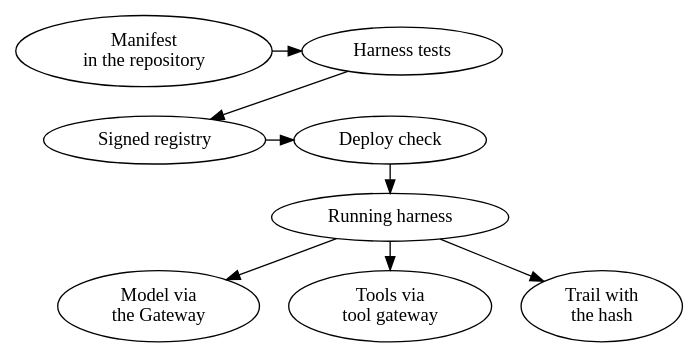
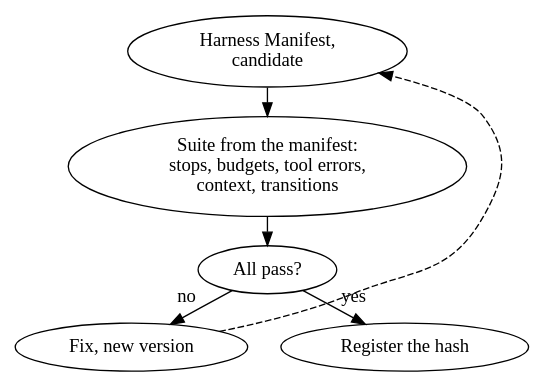
Before and after one commit to rajesh1008/system-design-book: the diagram in figures/src/ch25/fig-25-11.dot, drawn with Graphviz. The commit also changed 281 other files, not shown here.

Commit message:
fix-all pass + rebuild

```diff
--- a/figures/src/ch25/fig-25-11.dot
+++ b/figures/src/ch25/fig-25-11.dot
@@ -1,28 +1,20 @@
-// Figure 25.11  The harness on one page
-// Reading order: top to bottom. The manifest and its tests live in the
-// repository; a passing build is registered and signed; the deploy check
-// starts only registered hashes; the running harness calls the model
-// through the Gateway and tools through the tool gateway; every trail
-// line carries the hash the on-call reads.
-digraph onepage {
+// Figure 25.11  Testing a harness
+// Reading order: top to bottom. The suite is generated from the manifest,
+// so every declared stop, budget, tool, pinned field, and transition has
+// a test. A failure goes back as a fix under a new version; only a
+// passing build has its hash registered.
+digraph tests {
 #include "book.gv"
-  rankdir=TB; nodesep=0.3; ranksep=0.3;
-  repo  [label="Manifest\nin the repository", class="ops store"];
-  test  [label="Harness tests", class="ops"];
-  reg   [label="Signed registry", class="policy store"];
-  dep   [label="Deploy check", class="policy gate"];
-  run   [label="Running harness", class="ops"];
-  model [label="Model via\nthe Gateway", class="model"];
-  tg    [label="Tools via\ntool gateway", class="ops"];
-  trail [label="Trail with\nthe hash", class="ops store"];
-  repo -> test [class="data"];
-  test -> reg [class="data"];
-  reg -> dep [class="data"];
-  repo -> dep [style="invis"];
-  dep -> run [class="emphasis"];
-  run -> model [class="data"];
-  run -> tg [class="data"];
-  run -> trail [class="trail"];
-  {rank=same; repo; test;}
-  {rank=same; reg; dep;}
+  rankdir=TB; nodesep=0.35; ranksep=0.3;
+  man  [label="Harness Manifest,\ncandidate", class="ops"];
+  ste  [label="Suite from the manifest:\nstops, budgets, tool errors,\ncontext, transitions", class="ops"];
+  ok   [label="All pass?", class="ops gate"];
+  fix  [label="Fix, new version", class="ops"];
+  reg  [label="Register the hash", class="verified"];
+  man -> ste [class="data"];
+  ste -> ok [class="data"];
+  ok -> reg [class="emphasis", xlabel="yes "];
+  ok -> fix [xlabel=" no"];
+  fix -> man [style="dashed", constraint="false"];
+  {rank=same; reg; fix;}
 }
```
